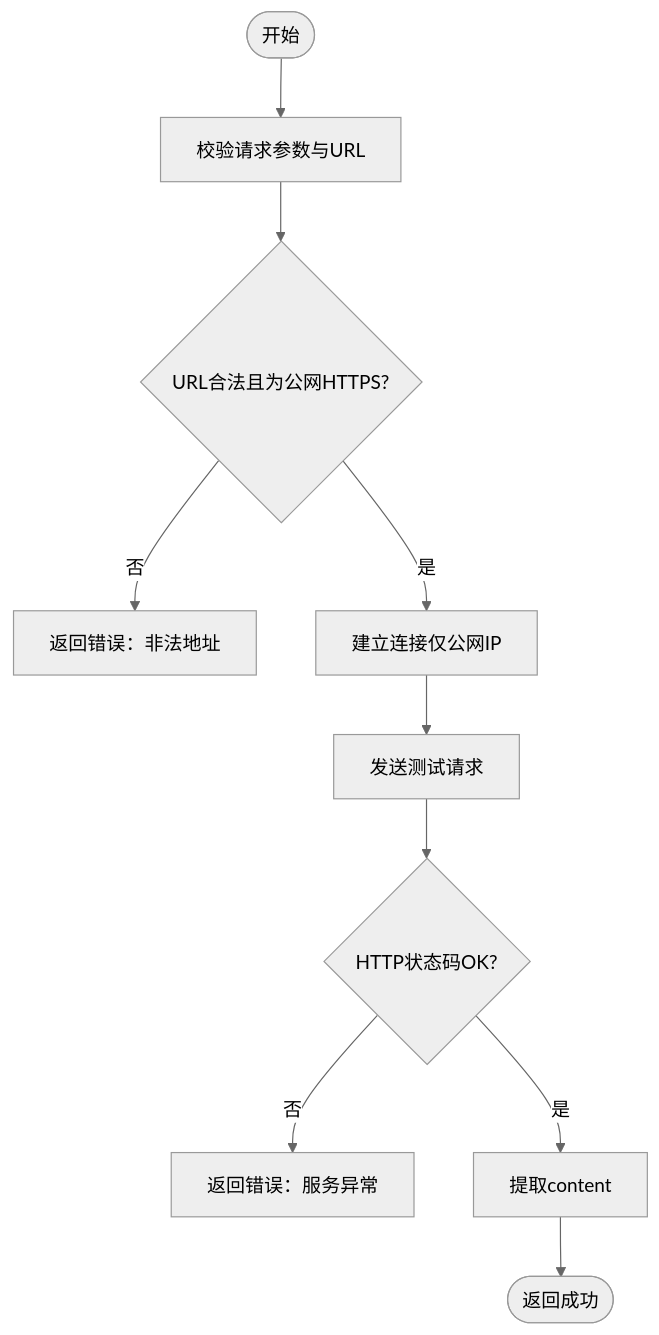
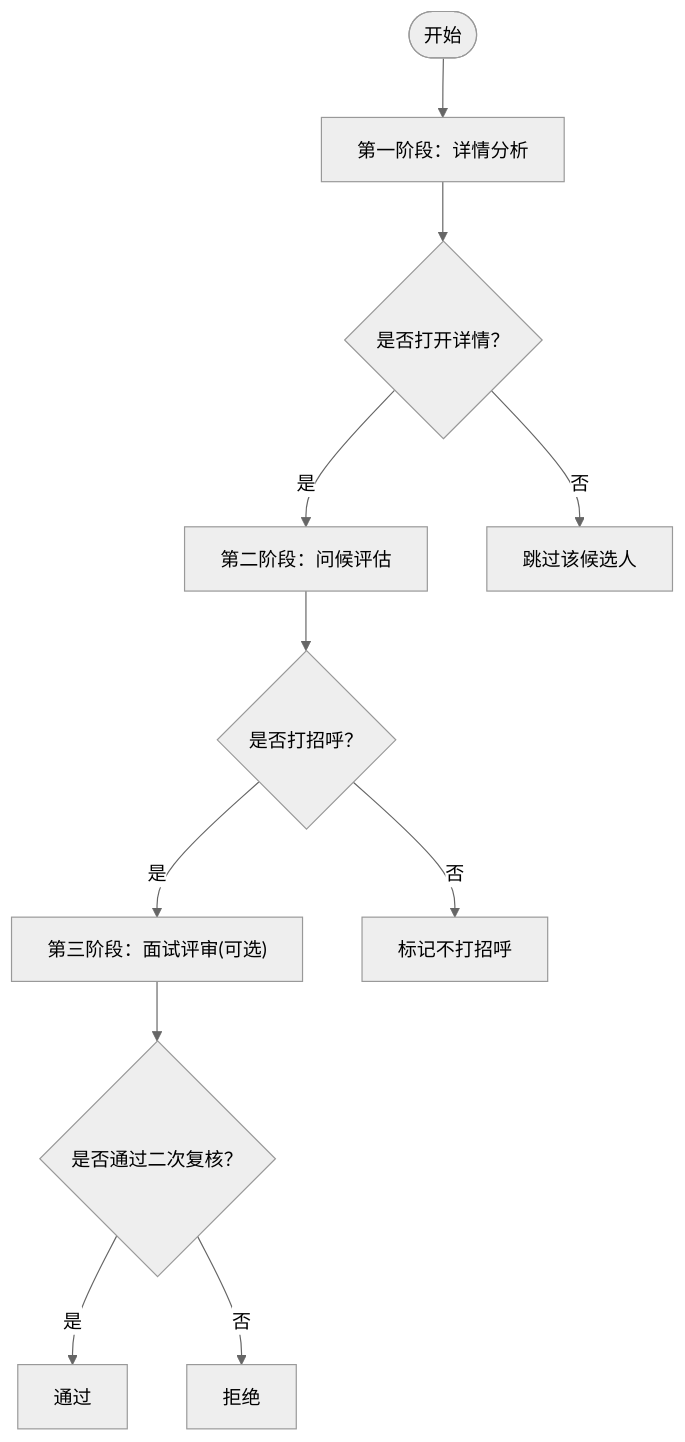
The third of 9 diagrams in .qoder/repowiki/zh/content/云端后端服务/候选人处理系统/AI匹配评分/AI匹配评分.md (alvinwangzi/goodhr), drawn with Mermaid (neutral theme) before and after one commit. The commit also changed other lines of this file and 149 other files, not shown here.

````diff
--- a/.qoder/repowiki/zh/content/云端后端服务/候选人处理系统/AI匹配评分/AI匹配评分.md
+++ b/.qoder/repowiki/zh/content/云端后端服务/候选人处理系统/AI匹配评分/AI匹配评分.md
@@ -166,12 +153,13 @@
 ```mermaid
 flowchart TD
-Start(["开始"]) --> Validate["校验请求参数与URL"]
-Validate --> URLCheck{"URL合法且为公网HTTPS?"}
-URLCheck --> |否| Error["返回错误：非法地址"]
-URLCheck --> |是| Dial["建立连接仅公网IP"]
-Dial --> Send["发送测试请求"]
-Send --> Resp{"HTTP状态码OK?"}
-Resp --> |否| ErrResp["返回错误：服务异常"]
-Resp --> |是| Extract["提取content"]
-Extract --> Done(["返回成功"])
+Start(["开始"]) --> Stage1["第一阶段：详情分析"]
+Stage1 --> DetailDecision{"是否打开详情？"}
+DetailDecision --> |是| Stage2["第二阶段：问候评估"]
+DetailDecision --> |否| EndSkip["跳过该候选人"]
+Stage2 --> GreetDecision{"是否打招呼？"}
+GreetDecision --> |是| Stage3["第三阶段：面试评审(可选)"]
+GreetDecision --> |否| EndSkipped["标记不打招呼"]
+Stage3 --> FinalReview{"是否通过二次复核？"}
+FinalReview --> |是| EndPassed["通过"]
+FinalReview --> |否| EndRejected["拒绝"]
 ```
````
